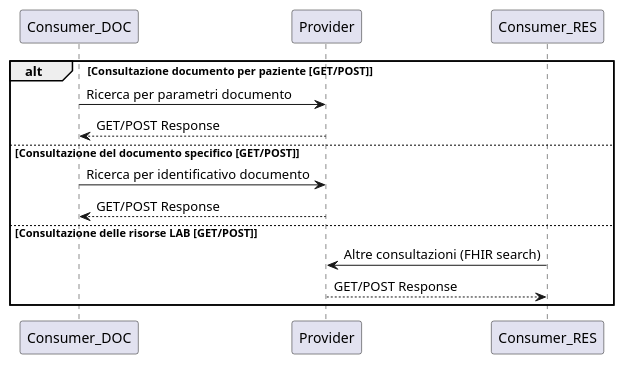
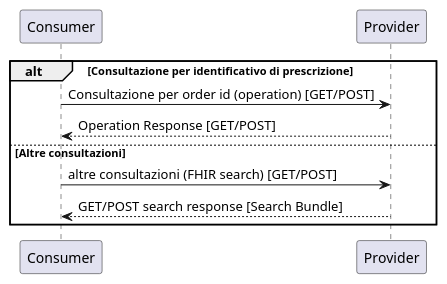
The diagram in input/images-source/consultazione.plantuml (hl7-it/lab-report), drawn with PlantUML before and after one commit. The commit also changed 14 other files, not shown here.

```diff
--- a/input/images-source/consultazione.plantuml
+++ b/input/images-source/consultazione.plantuml
@@ -1,12 +1,9 @@
 @startuml
-alt  Consultazione documento per paziente [GET/POST]
-    Consumer_DOC -> Provider: Ricerca per parametri documento
-    Provider --> Consumer_DOC: GET/POST Response
-else  Consultazione del documento specifico [GET/POST]
-    Consumer_DOC -> Provider: Ricerca per identificativo documento
-    Provider --> Consumer_DOC: GET/POST Response 
-else Consultazione delle risorse LAB [GET/POST]
-    Consumer_RES -> Provider: Altre consultazioni (FHIR search)
-    Provider --> Consumer_RES: GET/POST Response 
+alt Consultazione per identificativo di prescrizione
+    "Consumer" -> "Provider" : Consultazione per order id (operation) [GET/POST]
+    "Provider" --> "Consumer" : Operation Response [GET/POST]
+else Altre consultazioni
+    "Consumer" -> "Provider" : altre consultazioni (FHIR search) [GET/POST]
+    "Provider" --> "Consumer" : GET/POST search response [Search Bundle]
 end
 @enduml
```
